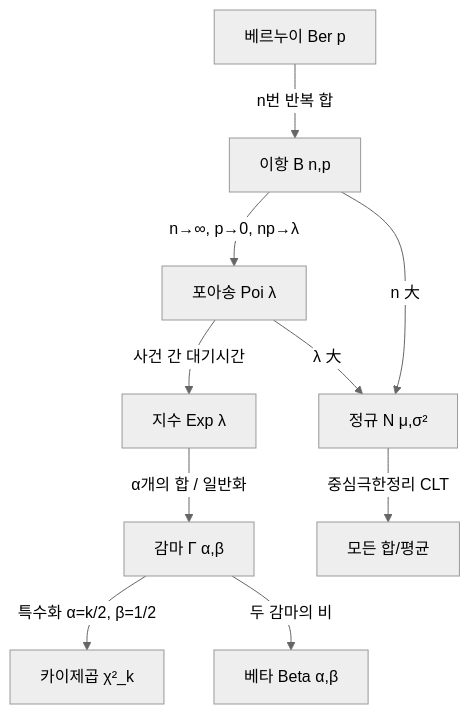
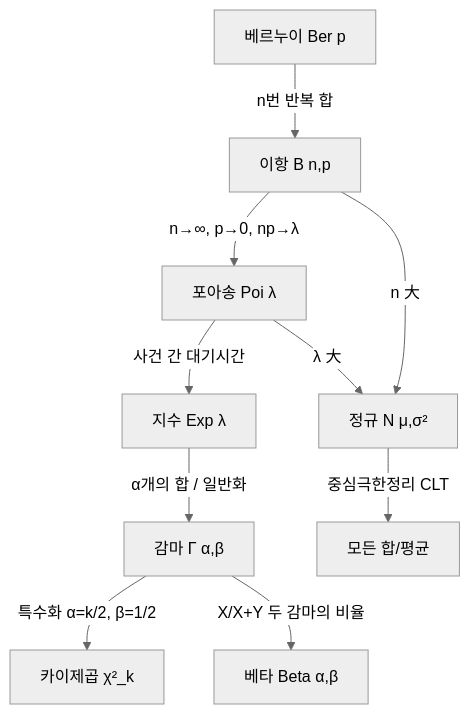
The diagram in subjects/4-1/AI를위한수학의응용/9강.md (yang-heeseok/University_KNOU), drawn with Mermaid (neutral theme) before and after one commit. The commit also changed other lines of this file and 33 other files, not shown here.

````diff
--- a/subjects/4-1/AI를위한수학의응용/9강.md
+++ b/subjects/4-1/AI를위한수학의응용/9강.md
@@ -126,12 +126,12 @@
 ```mermaid
 graph TD
     Ber[베르누이 Ber p] -->|n번 반복 합| Bin[이항 B n,p]
     Bin -->|n→∞, p→0, np→λ| Poi[포아송 Poi λ]
     Poi -->|사건 간 대기시간| Exp[지수 Exp λ]
     Exp -->|α개의 합 / 일반화| Gam[감마 Γ α,β]
     Gam -->|특수화 α=k/2, β=1/2| Chi[카이제곱 χ²_k]
-    Gam -->|두 감마의 비| Beta[베타 Beta α,β]
+    Gam -->|X/X+Y 두 감마의 비율| Beta[베타 Beta α,β]
     Bin -->|n 大| Norm[정규 N μ,σ²]
     Poi -->|λ 大| Norm
     Norm -->|중심극한정리 CLT| All[모든 합/평균]
 ```
````
